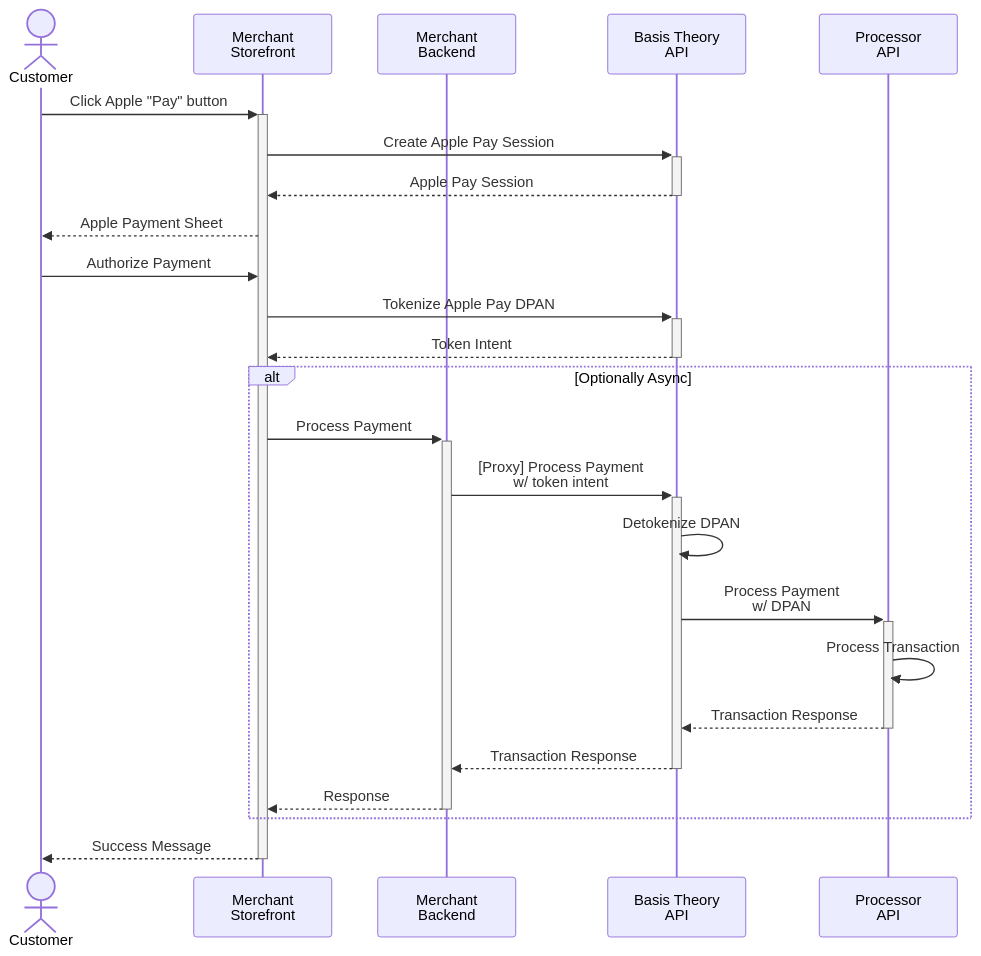
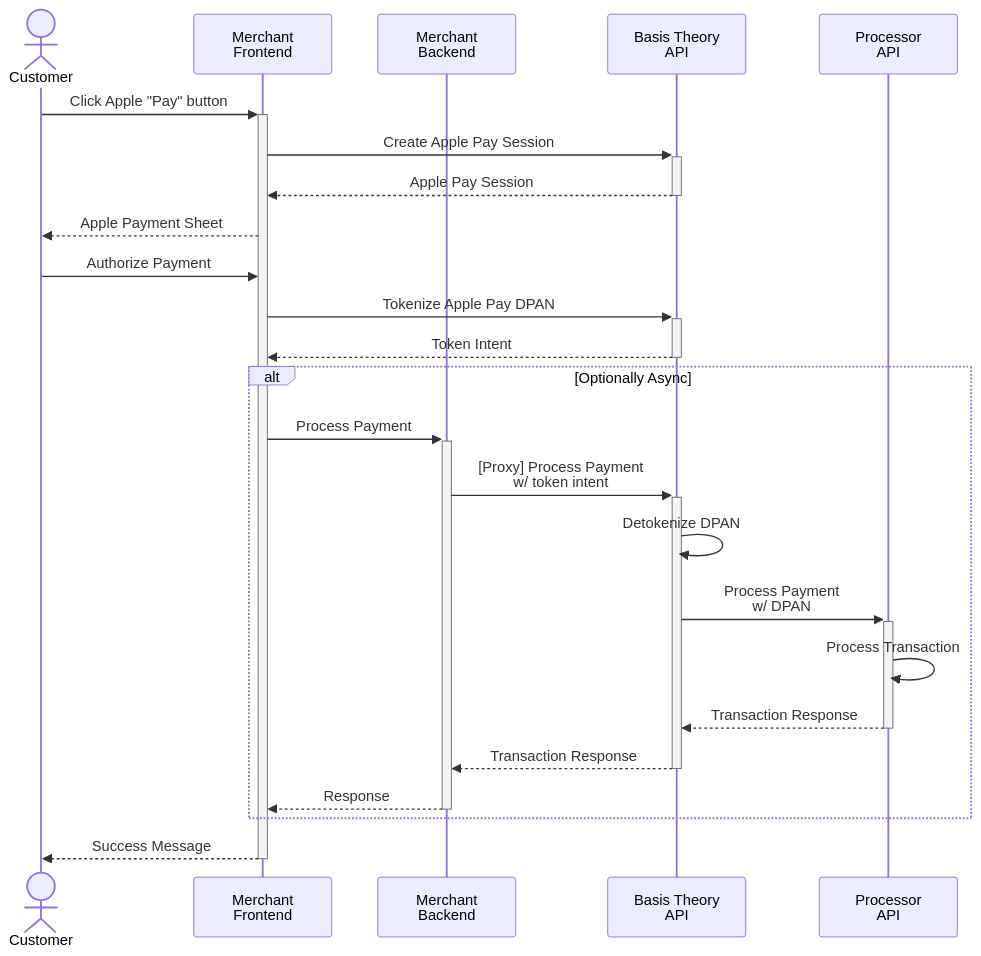
Before and after one commit to Basis-Theory/developers.basistheory.com: the diagram in docs/guides/apple-pay/accept-payments.mdx, drawn with Mermaid. The commit also changed other lines of this file and 1 other file, not shown here.

````diff
--- a/docs/guides/apple-pay/accept-payments.mdx
+++ b/docs/guides/apple-pay/accept-payments.mdx
@@ -26,31 +26,31 @@
 ```mermaid
 sequenceDiagram
 
 	actor cus as Customer
-	participant msf as Merchant<br> Storefront
+	participant mfe as Merchant<br>Frontend
 	participant msb as Merchant<br>Backend
 	participant bta as Basis Theory<br>API
 	participant psp as Processor<br>API
 
-	cus ->>+ msf: Click Apple "Pay" button
-	msf ->>+ bta: Create Apple Pay Session
-	bta -->>- msf: Apple Pay Session
-	msf -->> cus: Apple Payment Sheet
-	cus ->> msf: Authorize Payment
-	msf ->>+ bta: Tokenize Apple Pay DPAN
+	cus ->>+ mfe: Click Apple "Pay" button
+	mfe ->>+ bta: Create Apple Pay Session
+	bta -->>- mfe: Apple Pay Session
+	mfe -->> cus: Apple Payment Sheet
+	cus ->> mfe: Authorize Payment
+	mfe ->>+ bta: Tokenize Apple Pay DPAN
 
-	bta -->>- msf: Token Intent
+	bta -->>- mfe: Token Intent
 	alt Optionally Async
-		msf ->>+ msb: Process Payment
+		mfe ->>+ msb: Process Payment
 		msb ->>+ bta: [Proxy] Process Payment<br>w/ token intent
 		bta ->> bta: Detokenize DPAN
 		bta ->>+ psp: Process Payment<br>w/ DPAN
 		psp ->> psp: Process Transaction
 		psp -->>- bta: Transaction Response
 		bta -->>- msb: Transaction Response
-		msb -->>- msf: Response
+		msb -->>- mfe: Response
 	end
-	msf -->>- cus: Success Message
+	mfe -->>- cus: Success Message
 
 
 ```
````
